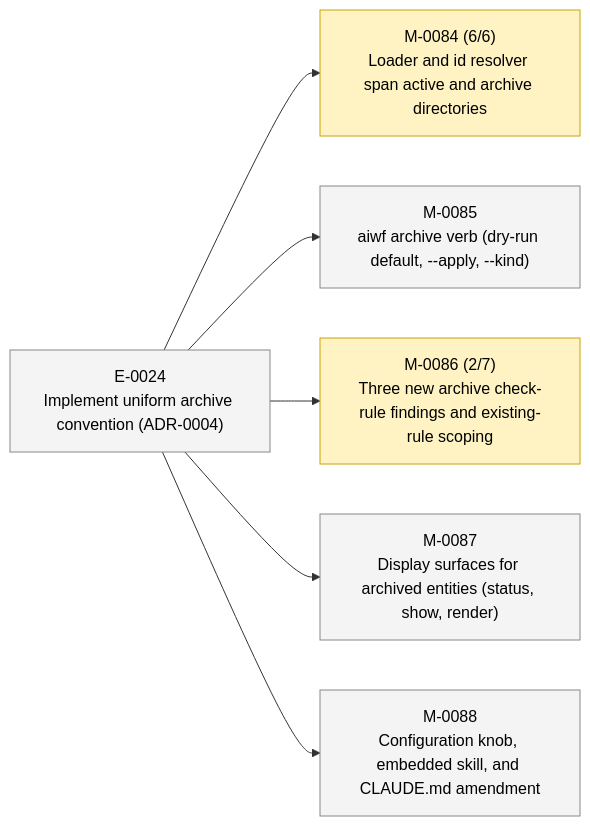
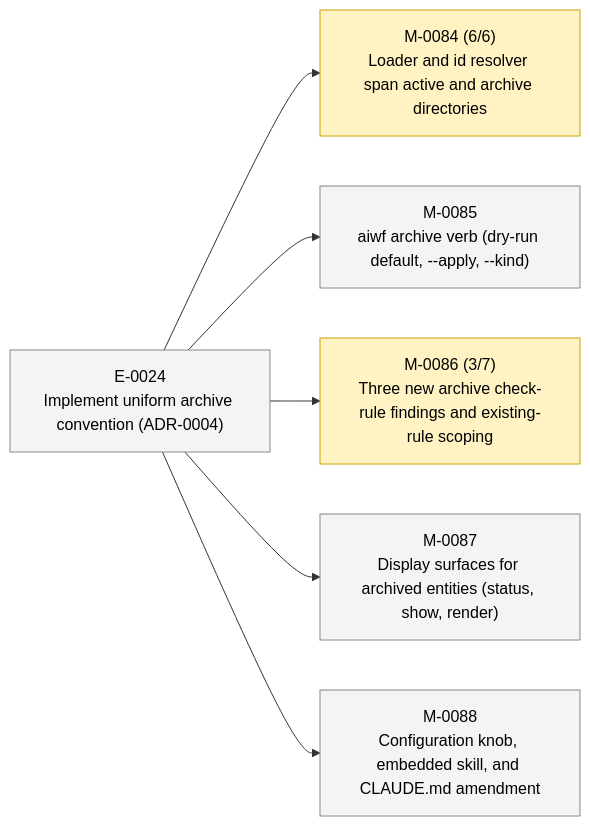
One commit to 23min/aiwf changed the second of 2 diagrams in STATUS.md. Above: the diagram before and after it, drawn with Mermaid. The commit also changed other lines of this file and 1 other file, not shown here.

````diff
--- a/STATUS.md
+++ b/STATUS.md
@@ -49,20 +49,20 @@
 ```mermaid
 flowchart LR
   E_0024["E-0024<br/>Implement uniform archive convention (ADR-0004)"]:::epic_proposed
   M_0084["M-0084 (6/6)<br/>Loader and id resolver span active and archive directories"]:::ms_in_progress
   E_0024 --> M_0084
   M_0085["M-0085<br/>aiwf archive verb (dry-run default, --apply, --kind)"]:::ms_draft
   E_0024 --> M_0085
-  M_0086["M-0086 (2/7)<br/>Three new archive check-rule findings and existing-rule scoping"]:::ms_in_progress
+  M_0086["M-0086 (3/7)<br/>Three new archive check-rule findings and existing-rule scoping"]:::ms_in_progress
   E_0024 --> M_0086
   M_0087["M-0087<br/>Display surfaces for archived entities (status, show, render)"]:::ms_draft
   E_0024 --> M_0087
   M_0088["M-0088<br/>Configuration knob, embedded skill, and CLAUDE.md amendment"]:::ms_draft
   E_0024 --> M_0088
   classDef epic_active fill:#d6eaff,stroke:#1a73e8,color:#000
   classDef epic_proposed fill:#f4f4f4,stroke:#888,color:#000
   classDef ms_done fill:#d8f5d8,stroke:#2a8a2a,color:#000
   classDef ms_in_progress fill:#fff3c4,stroke:#caa400,color:#000
   classDef ms_draft fill:#f4f4f4,stroke:#888,color:#000
   classDef ms_cancelled fill:#fbeaea,stroke:#c33,color:#000
 ```
````
